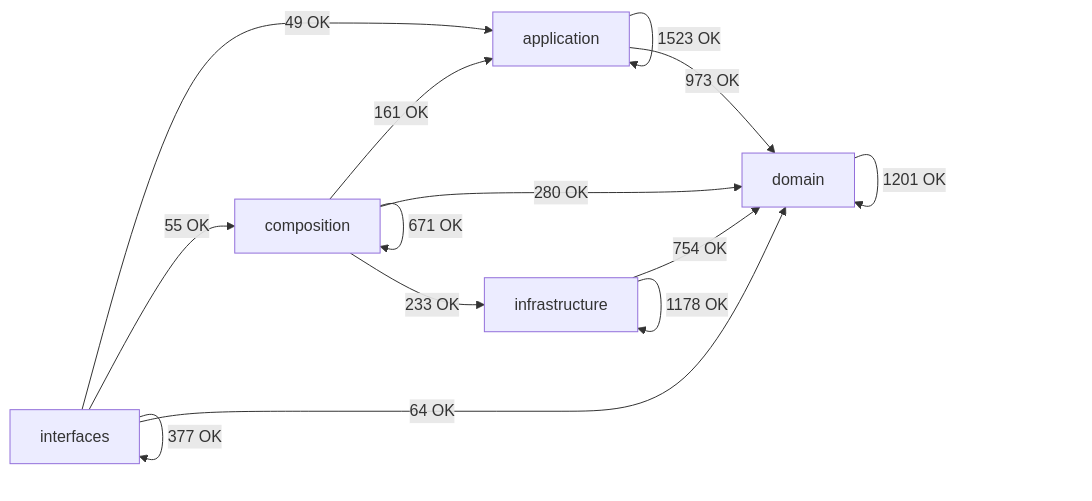
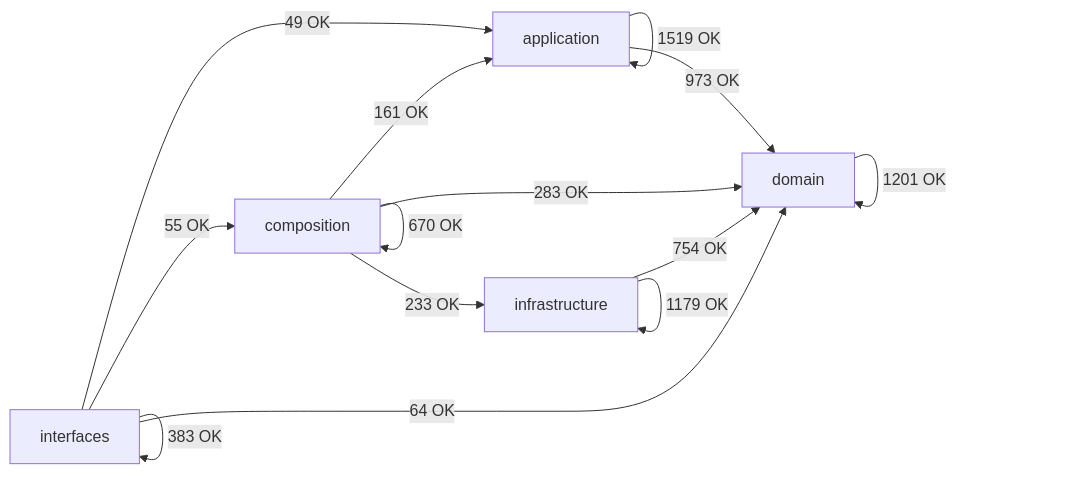
The diagram in docs/02-architecture/generated/module-dependency-map.md (SatoryKono/BioactivityDataAcquisition), drawn with Mermaid before and after one commit. The commit also changed other lines of this file and 2 other files, not shown here.

````diff
--- a/docs/02-architecture/generated/module-dependency-map.md
+++ b/docs/02-architecture/generated/module-dependency-map.md
@@ -17,21 +17,21 @@
 ```mermaid
 flowchart LR
     domain[domain]
     application[application]
     infrastructure[infrastructure]
     composition[composition]
     interfaces[interfaces]
-    application -->|1523 OK| application
+    application -->|1519 OK| application
     application -->|973 OK| domain
     composition -->|161 OK| application
-    composition -->|671 OK| composition
-    composition -->|280 OK| domain
+    composition -->|670 OK| composition
+    composition -->|283 OK| domain
     composition -->|233 OK| infrastructure
     domain -->|1201 OK| domain
     infrastructure -->|754 OK| domain
-    infrastructure -->|1178 OK| infrastructure
+    infrastructure -->|1179 OK| infrastructure
     interfaces -->|49 OK| application
     interfaces -->|55 OK| composition
     interfaces -->|64 OK| domain
-    interfaces -->|377 OK| interfaces
+    interfaces -->|383 OK| interfaces
 ```
````
